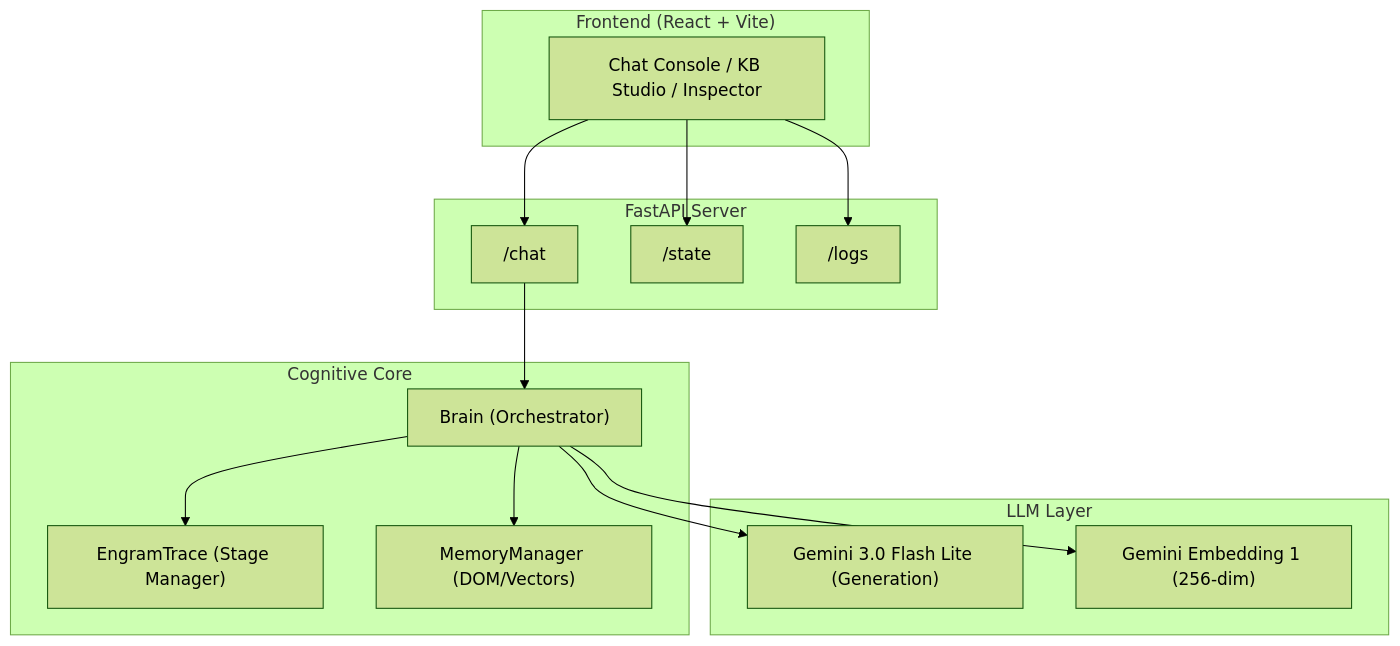
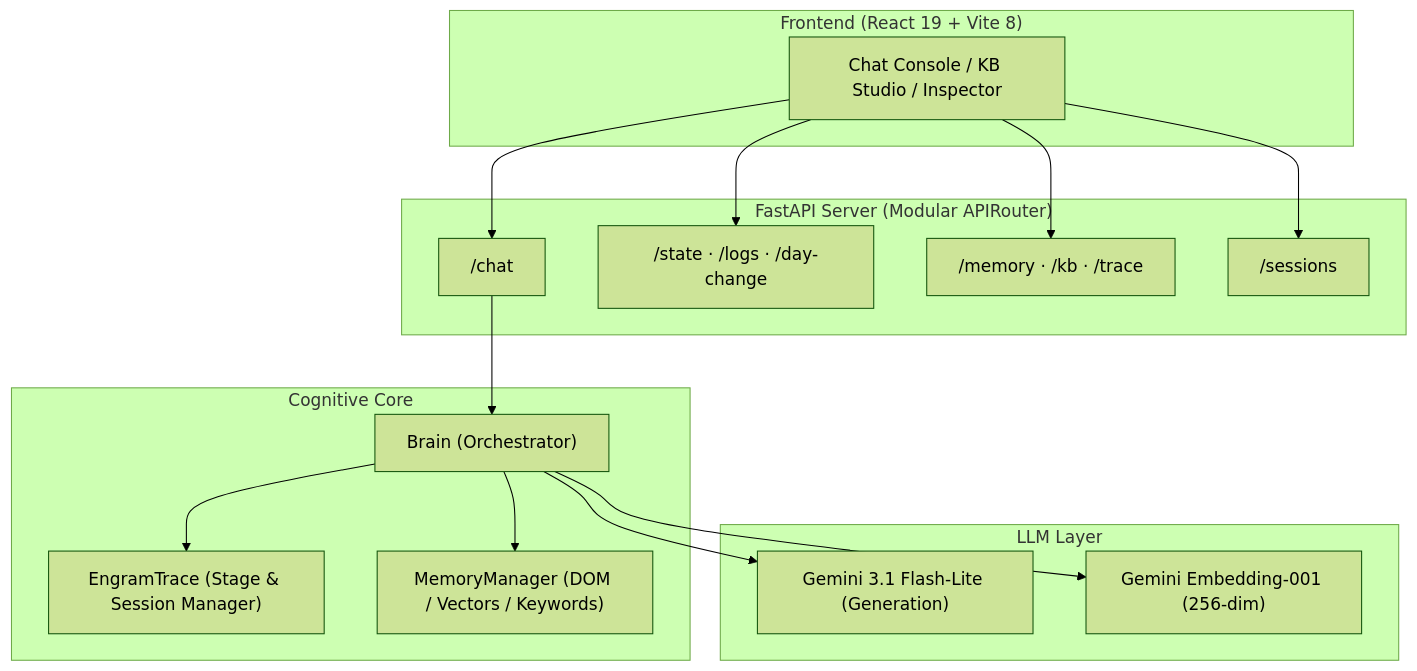
The diagram in README.md (iamtaehyunpark/EngramTrace), drawn with Mermaid (forest theme) before and after one commit. The commit also changed other lines of this file and 4 other files, not shown here.

````diff
--- a/README.md
+++ b/README.md
@@ -15,28 +15,29 @@
 ```mermaid
 graph TB
-    subgraph Frontend["Frontend (React + Vite)"]
+    subgraph Frontend["Frontend (React 19 + Vite 8)"]
         UI["Chat Console / KB Studio / Inspector"]
     end
     
-    subgraph API["FastAPI Server"]
+    subgraph API["FastAPI Server (Modular APIRouter)"]
         CHAT["/chat"]
-        STATE["/state"]
-        LOGS["/logs"]
+        STATE["/state · /logs · /day-change"]
+        MEM["/memory · /kb · /trace"]
+        SESS["/sessions"]
     end
     
     subgraph Core["Cognitive Core"]
         BRAIN["Brain (Orchestrator)"]
-        ET["EngramTrace (Stage Manager)"]
-        MM["MemoryManager (DOM/Vectors)"]
+        ET["EngramTrace (Stage & Session Manager)"]
+        MM["MemoryManager (DOM / Vectors / Keywords)"]
     end
     
     subgraph LLM["LLM Layer"]
-        GEMINI["Gemini 3.0 Flash Lite (Generation)"]
-        EMB["Gemini Embedding 1 (256-dim)"]
+        GEMINI["Gemini 3.1 Flash-Lite (Generation)"]
+        EMB["Gemini Embedding-001 (256-dim)"]
     end
     
-    UI --> CHAT & STATE & LOGS
+    UI --> CHAT & STATE & MEM & SESS
     CHAT --> BRAIN
     BRAIN --> ET & MM
     BRAIN --> GEMINI & EMB
 ```
````
